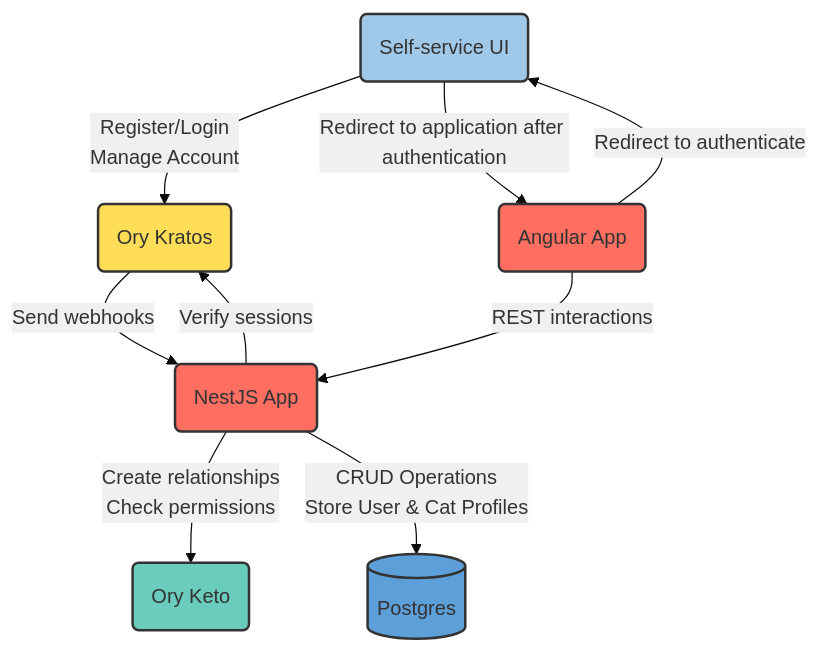
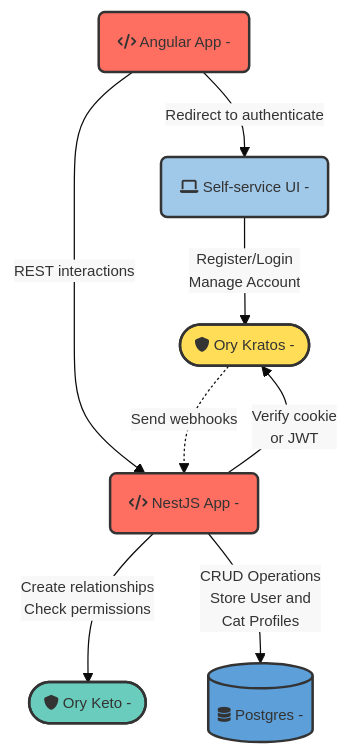
The diagram in README.md (getlarge/cat-fostering), drawn with Mermaid before and after one commit. The commit also changed other lines of this file, not shown here.

Commit message:
Update Mermaid diagram

````diff
--- a/README.md
+++ b/README.md
@@ -47,19 +47,35 @@
 ```mermaid
-%%{init: {'theme': 'base', 'themeVariables': { 'primaryColor': '#5d9fd8', 'textColor': 'black', 'secondaryColor': '#f0f0f0', 'tertiaryColor': '#a0c8e8' }}}%%
-graph TD
-    UI(Self-service UI) -->|Register/Login <br>Manage Account| OryKratos(Ory Kratos)
-    NestJSApp(NestJS App) -->|Verify sessions| OryKratos
-    NestJSApp -->|Create relationships <br> Check permissions| OryKeto(Ory Keto)
-    NestJSApp -->|CRUD Operations \n Store User & Cat Profiles| Postgres[(Postgres)]
-    OryKratos -->|Send webhooks| NestJSApp
-    AngularApp(Angular App) -->|REST interactions| NestJSApp
-    AngularApp(Angular App) -->|Redirect to authenticate| UI
-    UI -->|Redirect to application after authentication| AngularApp
+---
+config:
+  fontFamily: ''
+  theme: base
+  themeVariables:
+    primaryColor: '#5d9fd8'
+    textColor: black
+    secondaryColor: '#f8f8f8'
+    fontSize: "12px"
+---
 
-    style UI fill:#a0c8e8,stroke:#333,stroke-width:2px
+flowchart TD
+    UI("fa:fa-laptop Self-service UI -")
+    OryKratos(["fa:fa-shield Ory Kratos -"])
+    OryKeto(["fa:fa-shield Ory Keto -"])
+    NestJSApp("fa:fa-code NestJS App -")
+    AngularApp("fa:fa-code Angular App -")
+    Postgres[("fa:fa-database Postgres -")]    
+    
+    UI -- Register/Login <br>Manage Account --> OryKratos
+    NestJSApp -- Verify cookie \nor JWT --> OryKratos
+    NestJSApp -- Create relationships <br> Check permissions --> OryKeto
+    NestJSApp -- CRUD Operations \n Store User and \nCat Profiles --> Postgres
+    OryKratos -. Send webhooks .-> NestJSApp
+    AngularApp -->|REST interactions| NestJSApp
+    AngularApp -->|Redirect to authenticate| UI
+    
+    style UI fill:#a0c8e8,stroke:#333,stroke-width:2px,stroke-dasharray: 0
     style OryKratos fill:#ffdd57,stroke:#333,stroke-width:2px
-    style OryKeto fill:#6accbc,stroke:#333,stroke-width:2px
     style NestJSApp fill:#ff6f61,stroke:#333,stroke-width:2px
     style AngularApp fill:#ff6f61,stroke:#333,stroke-width:2px
+    style OryKeto fill:#6accbc,stroke:#333,stroke-width:2px
     style Postgres fill:#5d9fd8,stroke:#333,stroke-width:2px
 ```
````
